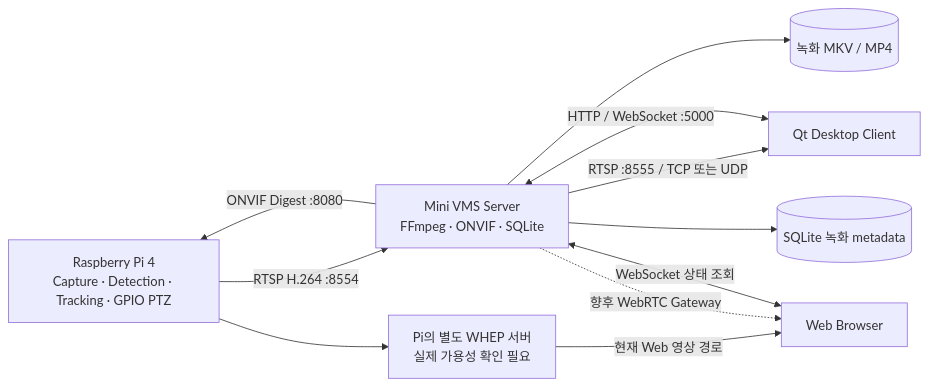
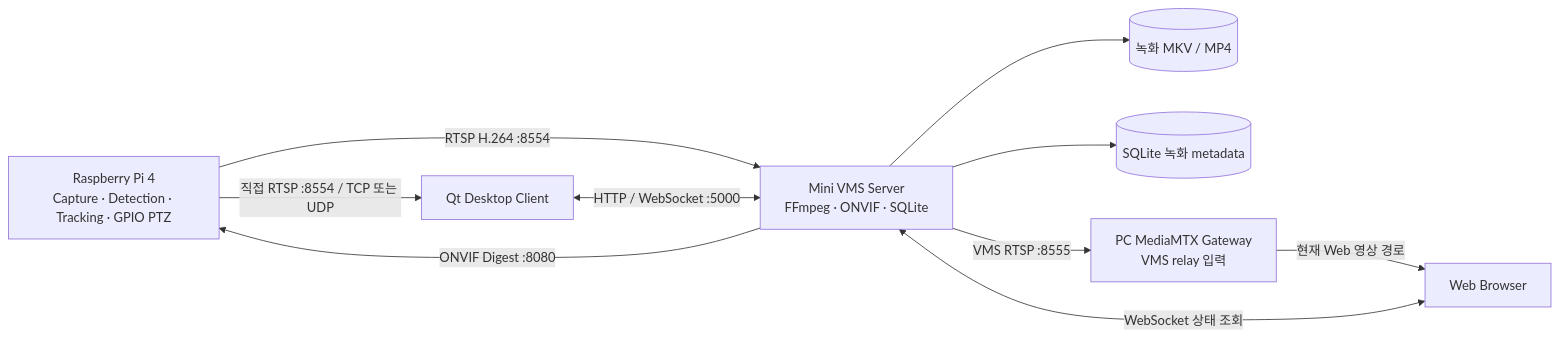
Before and after one commit to PTZ-CAMERA/PTZ_VMS_Server: the first of 2 diagrams in README.md, drawn with Mermaid. The commit also changed other lines of this file and 43 other files, not shown here.

````diff
--- a/README.md
+++ b/README.md
@@ -7,20 +7,19 @@
 ```mermaid
 flowchart LR
     Pi["Raspberry Pi 4<br/>Capture · Detection · Tracking · GPIO PTZ"]
     VMS["Mini VMS Server<br/>FFmpeg · ONVIF · SQLite"]
     Qt["Qt Desktop Client"]
     Files[("녹화 MKV / MP4")]
     DB[("SQLite 녹화 metadata")]
     Web["Web Browser"]
-    WHEP["Pi의 별도 WHEP 서버<br/>실제 가용성 확인 필요"]
+    WHEP["PC MediaMTX Gateway<br/>VMS relay 입력"]
     Pi -->|"RTSP H.264 :8554"| VMS
     VMS -->|"ONVIF Digest :8080"| Pi
     Qt <-->|"HTTP / WebSocket :5000"| VMS
-    VMS -->|"RTSP :8555 / TCP 또는 UDP"| Qt
+    Pi -->|"직접 RTSP :8554 / TCP 또는 UDP"| Qt
     VMS --> Files
     VMS --> DB
     Web <-->|"WebSocket 상태 조회"| VMS
-    Pi --> WHEP
+    VMS -->|"VMS RTSP :8555"| WHEP
     WHEP -->|"현재 Web 영상 경로"| Web
-    VMS -.->|"향후 WebRTC Gateway"| Web
 ```
````
